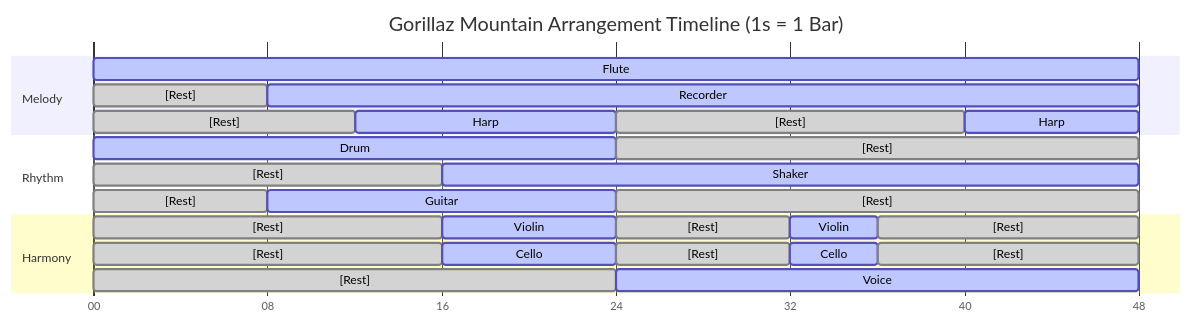
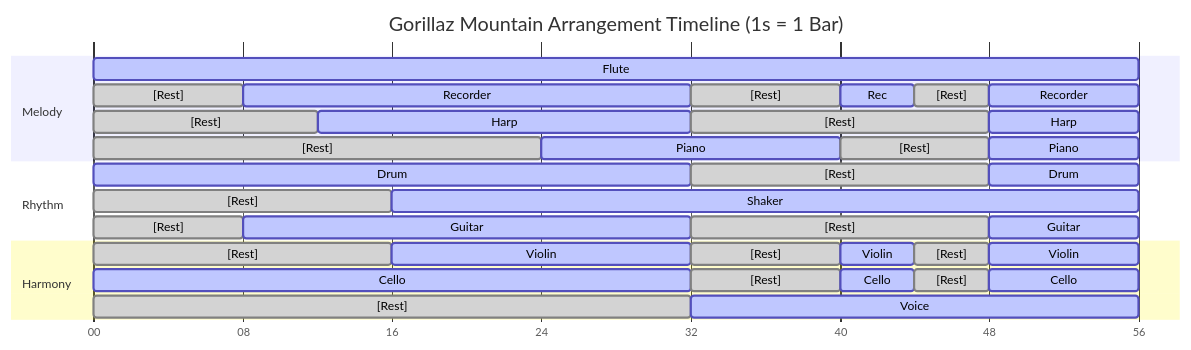
One commit to macabot/gorillaz-mountain changed the diagram in notes.md. Above: the diagram before and after it, drawn with Mermaid. The commit also changed 2 other files, not shown here.

Commit message:
Add piano and reorganize

````diff
--- a/notes.md
+++ b/notes.md
@@ -3,48 +3,60 @@
 ```mermaid
 ---
 displayMode: compact
 ---
 gantt
     title Gorillaz Mountain Arrangement Timeline (1s = 1 Bar)
     dateFormat mm:ss
     axisFormat %S
     tickInterval 8second
 
     section Melody
-    Flute               :active, 00:00, 00:48
+    Flute               :active, 00:00, 00:56
 
     [Rest]              :done,   00:00, 00:08
-    Recorder            :active, 00:08, 00:48
+    Recorder            :active, 00:08, 00:32
+    [Rest]              :done,   00:32, 00:40
+    Rec                 :active, 00:40, 00:44
+    [Rest]              :done,   00:44, 00:48
+    Recorder            :active, 00:48, 00:56
 
     [Rest]              :done,   00:00, 00:12
-    Harp                :active, 00:12, 00:24
-    [Rest]              :done,   00:24, 00:40
-    Harp                :active, 00:40, 00:48
+    Harp                :active, 00:12, 00:32
+    [Rest]              :done,   00:32, 00:48
+    Harp                :active, 00:48, 00:56
+
+    [Rest]              :done,   00:00, 00:24
+    Piano               :active, 00:24, 00:40
+    [Rest]              :done,   00:40, 00:48
+    Piano               :active, 00:48, 00:56
 
     section Rhythm
-    Drum                :active, 00:00, 00:24
-    [Rest]              :done,   00:24, 00:48
+    Drum                :active, 00:00, 00:32
+    [Rest]              :done,   00:32, 00:48
+    Drum                :active, 00:48, 00:56
 
     [Rest]              :done,   00:00, 00:16
-    Shaker              :active, 00:16, 00:48
+    Shaker              :active, 00:16, 00:56
 
     [Rest]              :done,   00:00, 00:08
-    Guitar              :active, 00:08, 00:24
-    [Rest]              :done,   00:24, 00:48
+    Guitar              :active, 00:08, 00:32
+    [Rest]              :done,   00:32, 00:48
+    Guitar              :active, 00:48, 00:56
 
     section Harmony
     [Rest]              :done,   00:00, 00:16
-    Violin              :active, 00:16, 00:24
-    [Rest]              :done,   00:24, 00:32
-    Violin              :active, 00:32, 00:36
-    [Rest]              :done,   00:36, 00:48
+    Violin              :active, 00:16, 00:32
+    [Rest]              :done,   00:32, 00:40
+    Violin              :active, 00:40, 00:44
+    [Rest]              :done,   00:44, 00:48
+    Violin              :active, 00:48, 00:56
 
-    [Rest]              :done,   00:00, 00:16
-    Cello               :active, 00:16, 00:24
-    [Rest]              :done,   00:24, 00:32
-    Cello               :active, 00:32, 00:36
-    [Rest]              :done,   00:36, 00:48
+    Cello               :active, 00:00, 00:32
+    [Rest]              :done,   00:32, 00:40
+    Cello               :active, 00:40, 00:44
+    [Rest]              :done,   00:44, 00:48
+    Cello               :active, 00:48, 00:56
 
-    [Rest]              :done,   00:00, 00:24
-    Voice               :active, 00:24, 00:48
+    [Rest]              :done,   00:00, 00:32
+    Voice               :active, 00:32, 00:56
 ```
````
